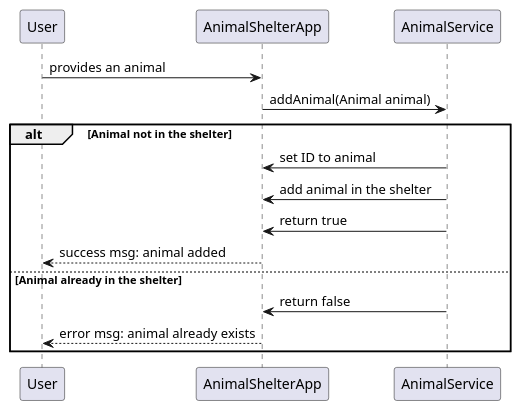
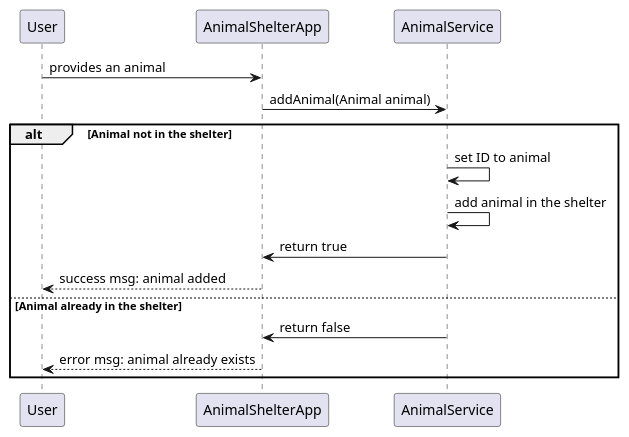
One commit to RaphaelZintec/AnimalShelterTest changed the diagram in analysis/sequence_addanimal.puml. Above: the diagram before and after it, drawn with PlantUML. The commit also changed 5 other files, not shown here.

Commit message:
sequence diagram update

```diff
--- a/analysis/sequence_addanimal.puml
+++ b/analysis/sequence_addanimal.puml
@@ -1,18 +1,18 @@
 @startuml
 
 User -> AnimalShelterApp : provides an animal
 AnimalShelterApp -> AnimalService : addAnimal(Animal animal)
 
 alt Animal not in the shelter
-AnimalService -> AnimalShelterApp : set ID to animal
-AnimalService -> AnimalShelterApp : add animal in the shelter
+AnimalService -> AnimalService : set ID to animal
+AnimalService -> AnimalService : add animal in the shelter
 AnimalService -> AnimalShelterApp : return true
 User <-- AnimalShelterApp : success msg: animal added
 
 else Animal already in the shelter
 AnimalService -> AnimalShelterApp : return false
 User <-- AnimalShelterApp : error msg: animal already exists
 
 end
 
 @enduml
```
